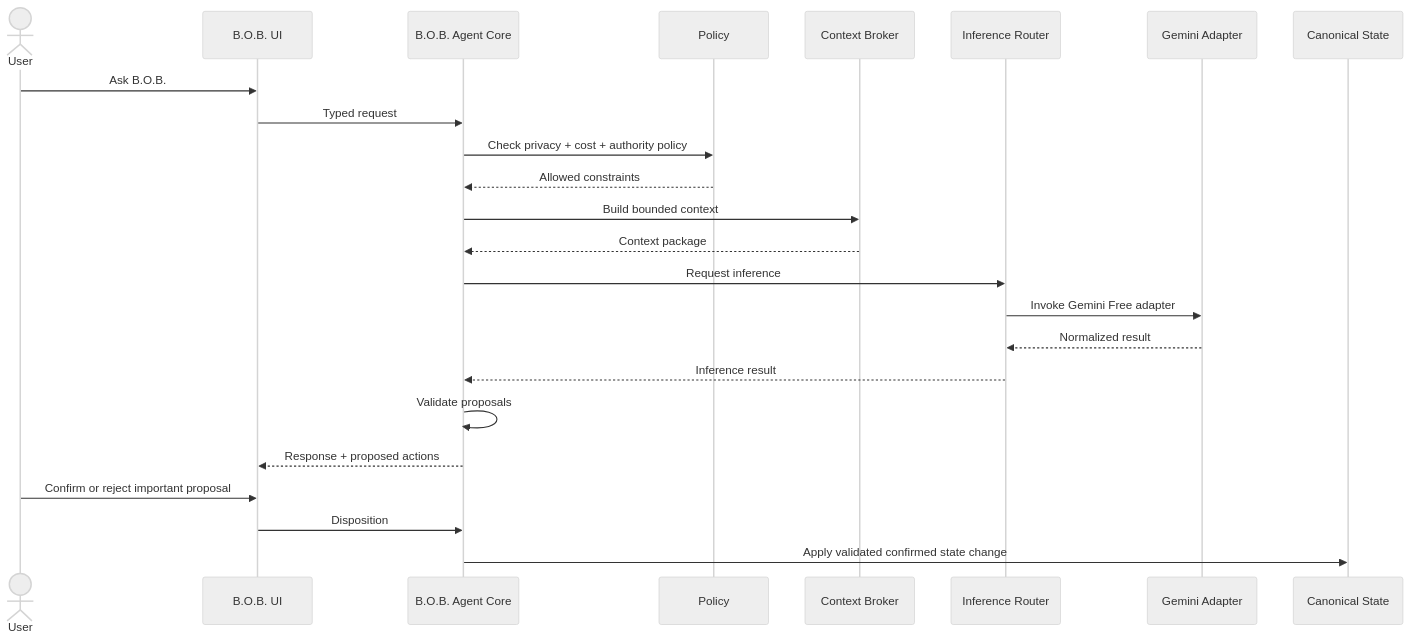
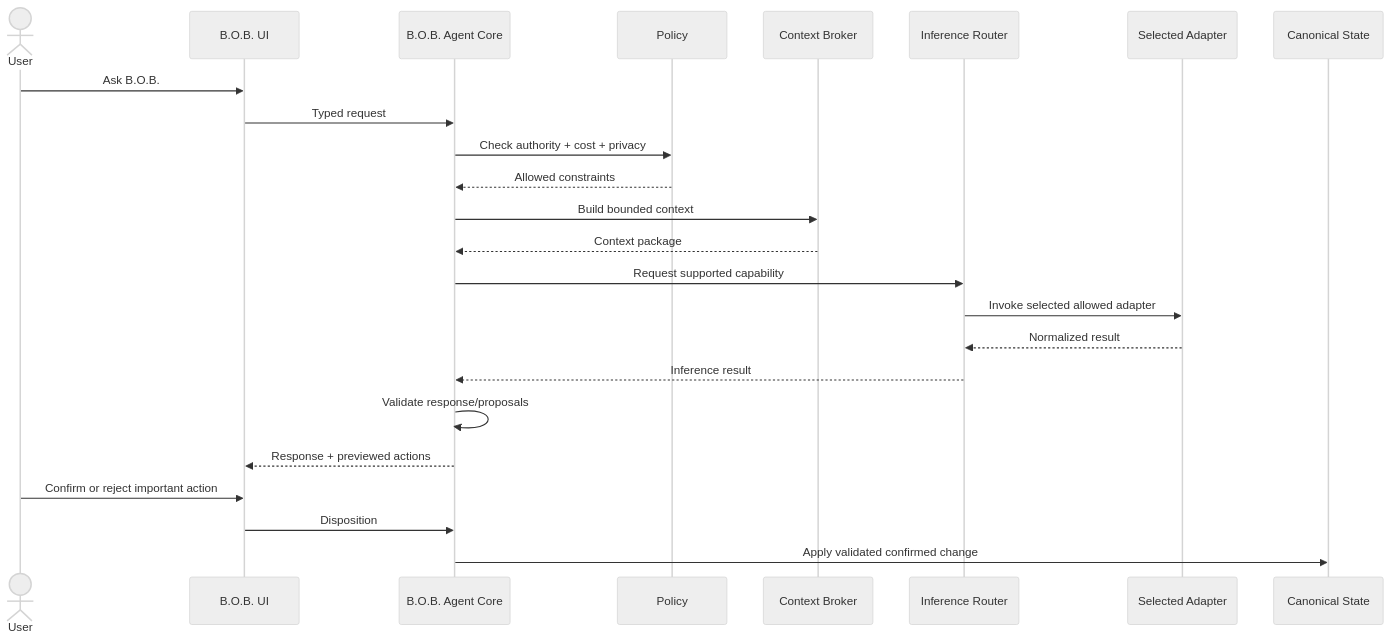
Before and after one commit to Knapp-Kevin/B.O.B.: the third of 3 diagrams in docs/ARCHITECTURE.md, drawn with Mermaid (neutral theme). The commit also changed other lines of this file and 2 other files, not shown here.

First line of the commit message:
Reconcile architecture and roadmap with current Wayfinder direction

````diff
--- a/docs/ARCHITECTURE.md
+++ b/docs/ARCHITECTURE.md
@@ -189,27 +176,27 @@
 ```mermaid
 sequenceDiagram
     actor U as User
     participant UI as B.O.B. UI
     participant B as B.O.B. Agent Core
     participant P as Policy
     participant X as Context Broker
     participant R as Inference Router
-    participant G as Gemini Adapter
+    participant A as Selected Adapter
     participant S as Canonical State
 
     U->>UI: Ask B.O.B.
     UI->>B: Typed request
-    B->>P: Check privacy + cost + authority policy
+    B->>P: Check authority + cost + privacy
     P-->>B: Allowed constraints
     B->>X: Build bounded context
     X-->>B: Context package
-    B->>R: Request inference
-    R->>G: Invoke Gemini Free adapter
-    G-->>R: Normalized result
+    B->>R: Request supported capability
+    R->>A: Invoke selected allowed adapter
+    A-->>R: Normalized result
     R-->>B: Inference result
-    B->>B: Validate proposals
-    B-->>UI: Response + proposed actions
-    U->>UI: Confirm or reject important proposal
+    B->>B: Validate response/proposals
+    B-->>UI: Response + previewed actions
+    U->>UI: Confirm or reject important action
     UI->>B: Disposition
-    B->>S: Apply validated confirmed state change
+    B->>S: Apply validated confirmed change
 ```
````
